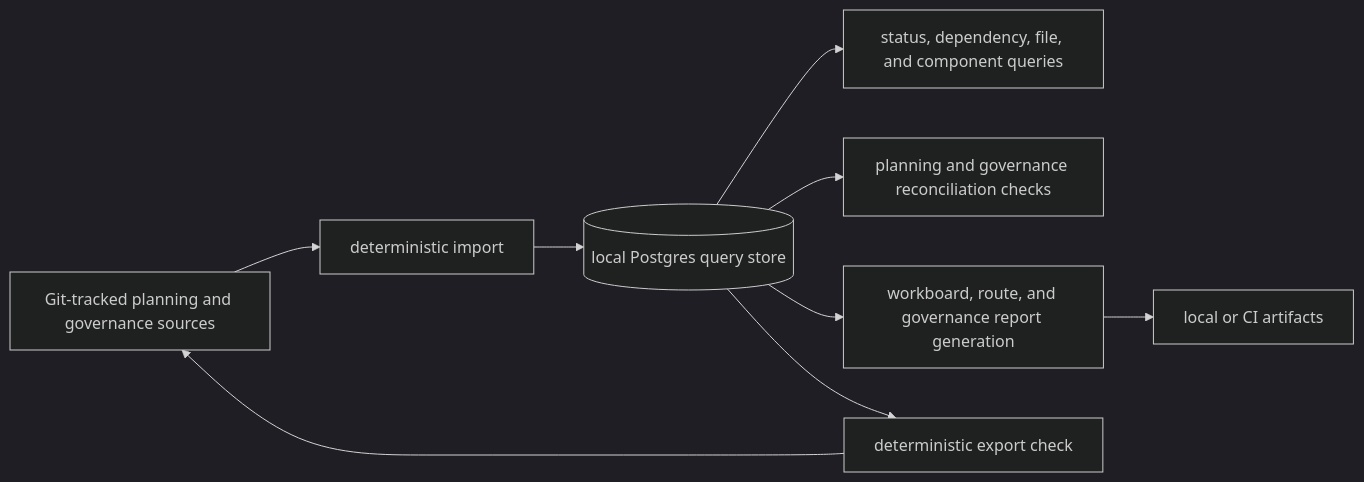
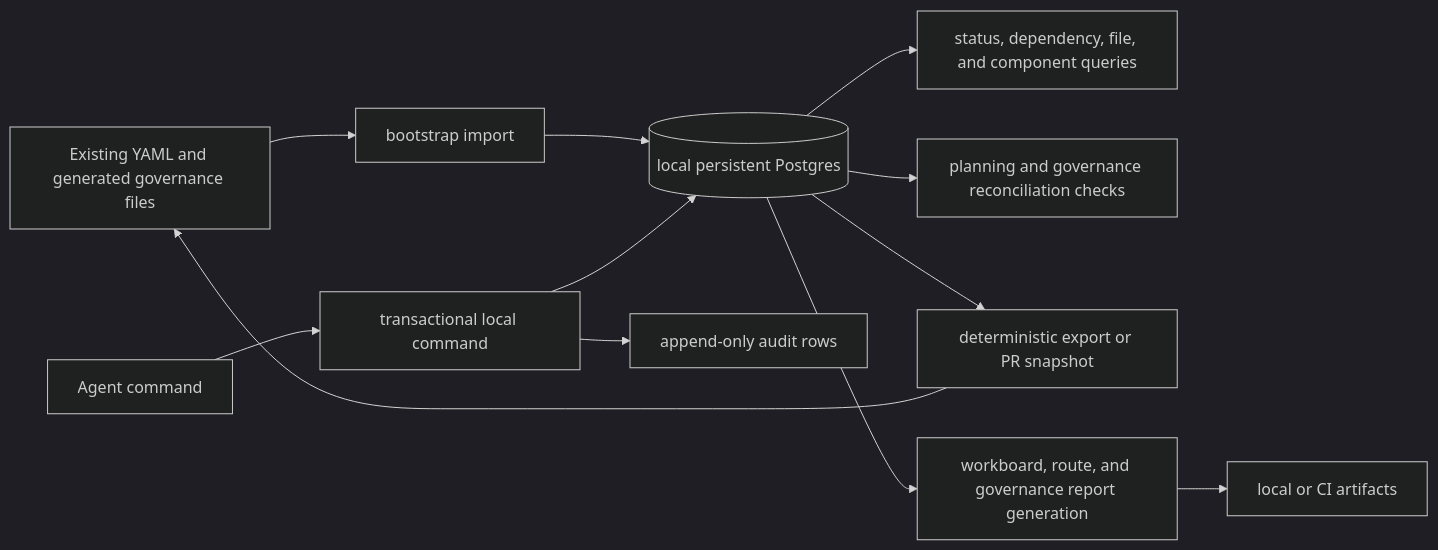
Before and after one commit to dunay2/dvt: the third of 3 diagrams in docs/planning/proposals/mandatory/governance-and-docs/planning-state-query-store-plan-20260506.md, drawn with Mermaid (dark theme). The commit also changed other lines of this file and 30 other files, not shown here.

Commit message:
feat(docs): Add planning query store operations

````diff
--- a/docs/planning/proposals/mandatory/governance-and-docs/planning-state-query-store-plan-20260506.md
+++ b/docs/planning/proposals/mandatory/governance-and-docs/planning-state-query-store-plan-20260506.md
@@ -214,11 +214,14 @@
 ```mermaid
 flowchart LR
-  GitSources[Git-tracked planning and governance sources] --> Import[deterministic import]
-  Import --> Pg[(local Postgres query store)]
+  Files[Existing YAML and generated governance files] --> Import[bootstrap import]
+  Import --> Pg[(local persistent Postgres)]
+  Agent[Agent command] --> Command[transactional local command]
+  Command --> Pg
+  Command --> Audit[append-only audit rows]
   Pg --> Queries[status, dependency, file, and component queries]
   Pg --> Reconcile[planning and governance reconciliation checks]
+  Pg --> Export[deterministic export or PR snapshot]
+  Export --> Files
   Pg --> Generated[workboard, route, and governance report generation]
-  Pg --> Export[deterministic export check]
-  Export --> GitSources
   Generated --> Artifacts[local or CI artifacts]
 ```
````
